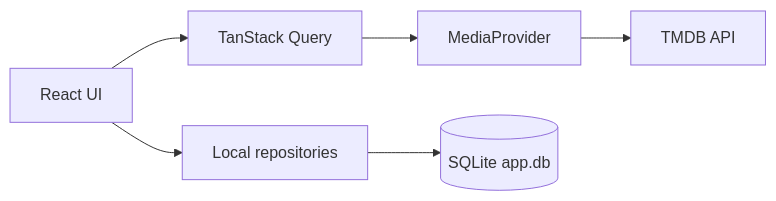
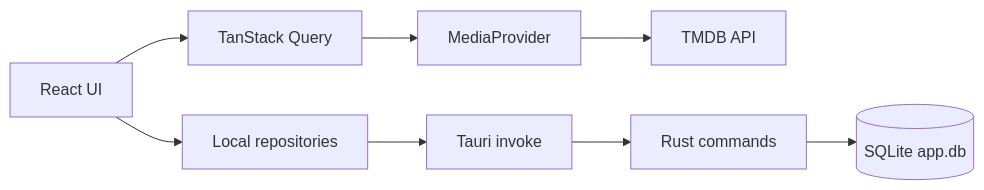
One commit to Arrows78/cinetrack changed the diagram in README.md. Above: the diagram before and after it, drawn with Mermaid. The commit also changed other lines of this file, not shown here.

````diff
--- a/README.md
+++ b/README.md
@@ -70,9 +71,11 @@
 ```mermaid
 flowchart LR
     UI[React UI] --> Q[TanStack Query]
     Q --> MP[MediaProvider]
     MP --> TMDB[TMDB API]
 
     UI --> LR[Local repositories]
-    LR --> DB[(SQLite app.db)]
+    LR --> IPC[Tauri invoke]
+    IPC --> CMD[Rust commands]
+    CMD --> DB[(SQLite app.db)]
 ```
````
